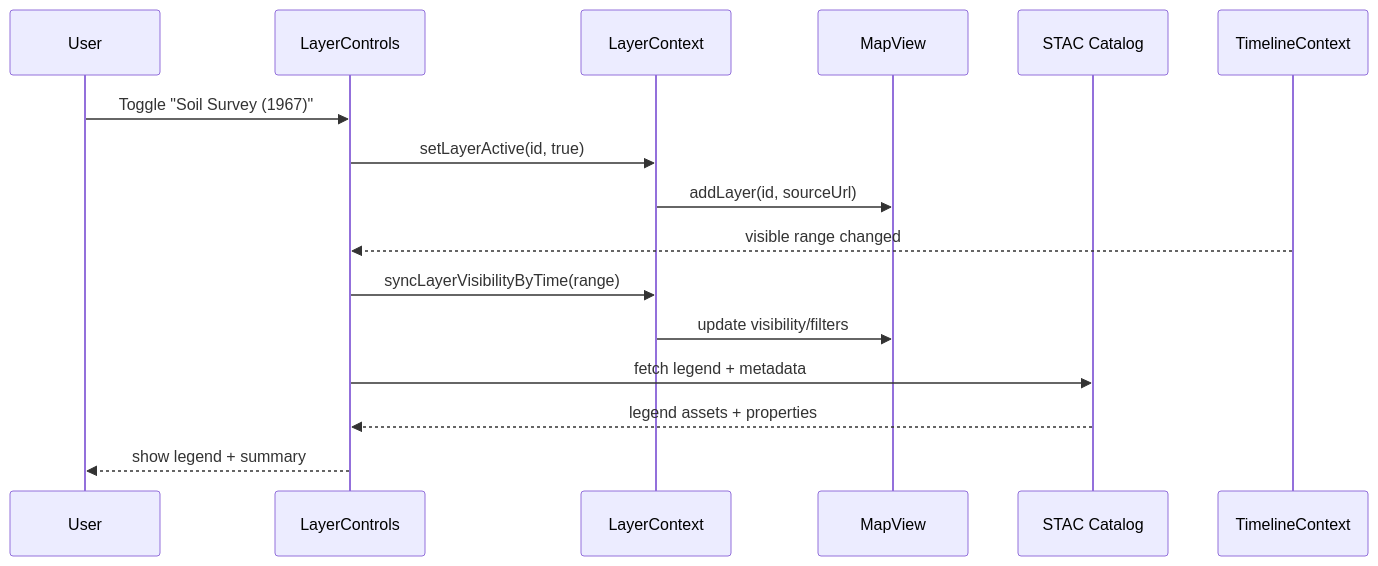
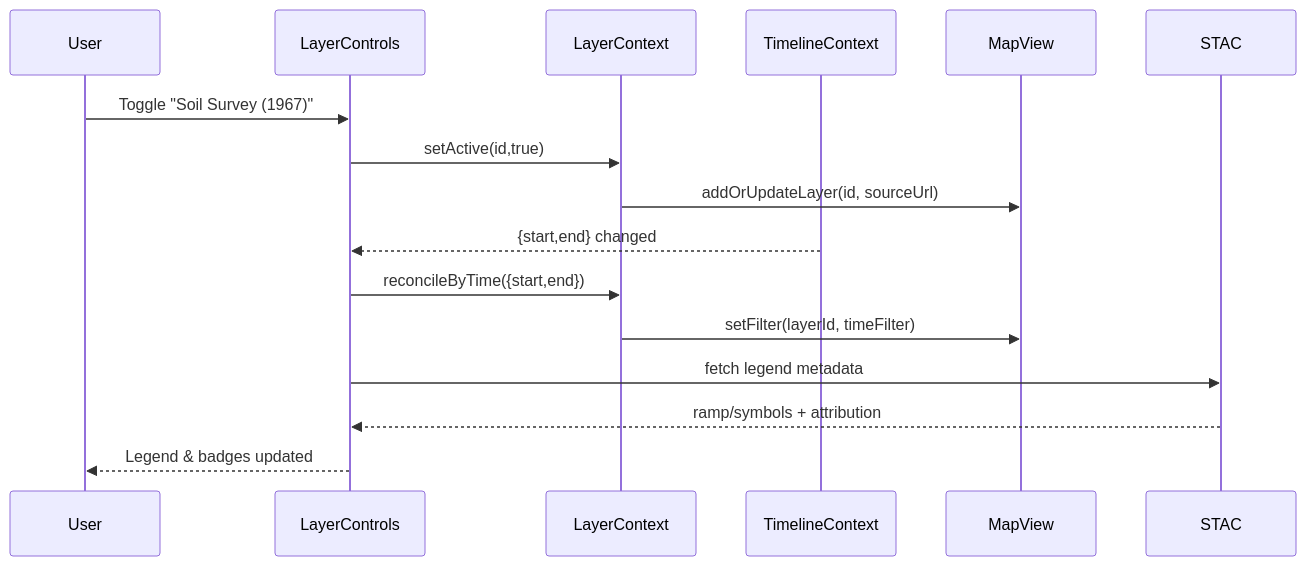
One commit to bartytime4life/Kansas-Frontier-Matrix changed the second of 2 diagrams in web/src/components/LayerControls/README.md. Above: the diagram before and after it, drawn with Mermaid. The commit also changed other lines of this file, not shown here.

````diff
--- a/web/src/components/LayerControls/README.md
+++ b/web/src/components/LayerControls/README.md
@@ -169,20 +148,20 @@
 ```mermaid
 sequenceDiagram
   participant U as User
   participant LC as LayerControls
   participant LCTX as LayerContext
-  participant MAP as MapView
-  participant STAC as STAC Catalog
   participant TL as TimelineContext
+  participant MV as MapView
+  participant STAC as STAC
 
   U->>LC: Toggle "Soil Survey (1967)"
-  LC->>LCTX: setLayerActive(id, true)
-  LCTX->>MAP: addLayer(id, sourceUrl)
-  TL-->>LC: visible range changed
-  LC->>LCTX: syncLayerVisibilityByTime(range)
-  LCTX->>MAP: update visibility/filters
-  LC->>STAC: fetch legend + metadata
-  STAC-->>LC: legend assets + properties
-  LC-->>U: show legend + summary
+  LC->>LCTX: setActive(id,true)
+  LCTX->>MV: addOrUpdateLayer(id, sourceUrl)
+  TL-->>LC: {start,end} changed
+  LC->>LCTX: reconcileByTime({start,end})
+  LCTX->>MV: setFilter(layerId, timeFilter)
+  LC->>STAC: fetch legend metadata
+  STAC-->>LC: ramp/symbols + attribution
+  LC-->>U: Legend & badges updated
 %% END OF MERMAID
 ```
````
